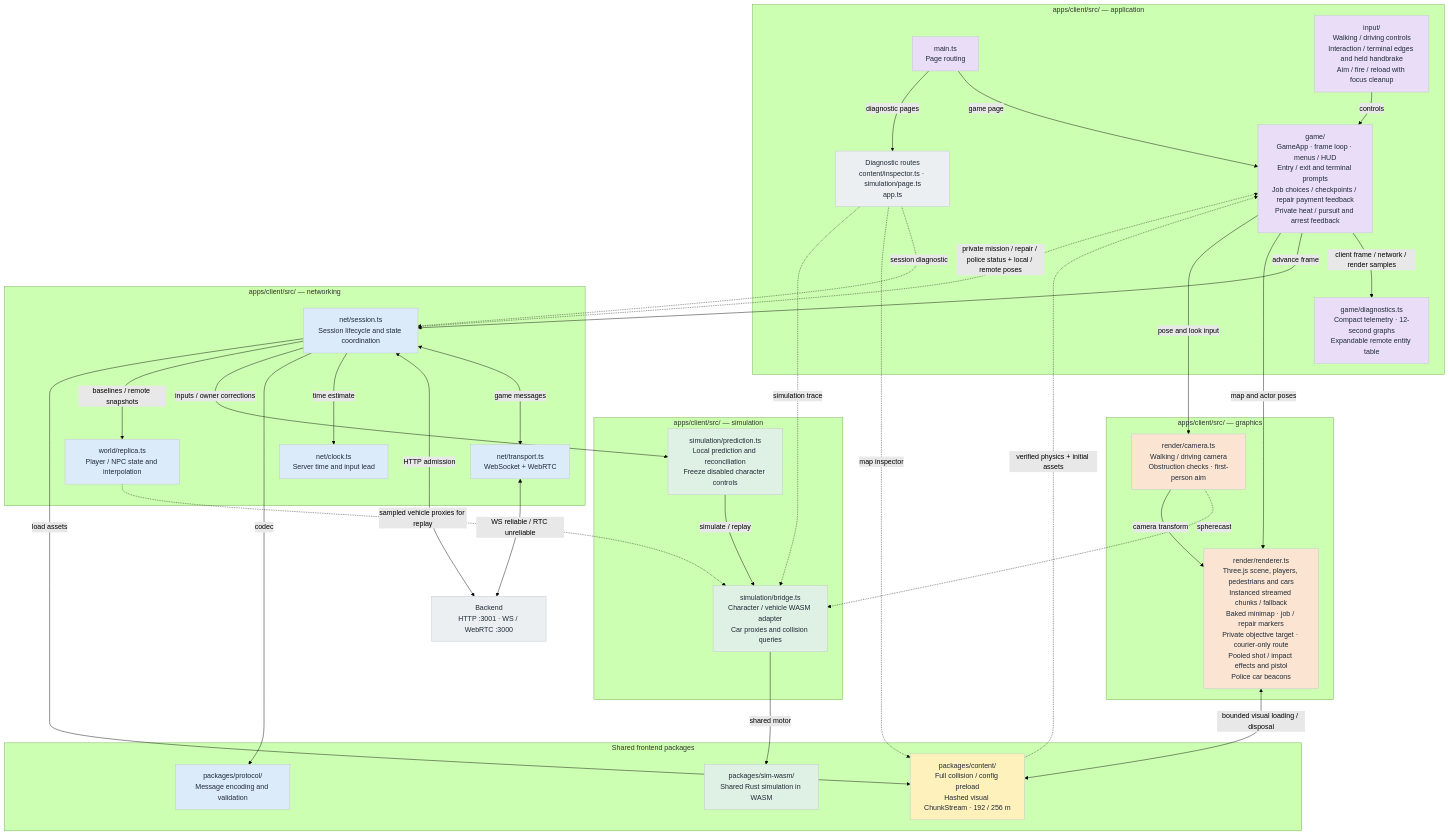
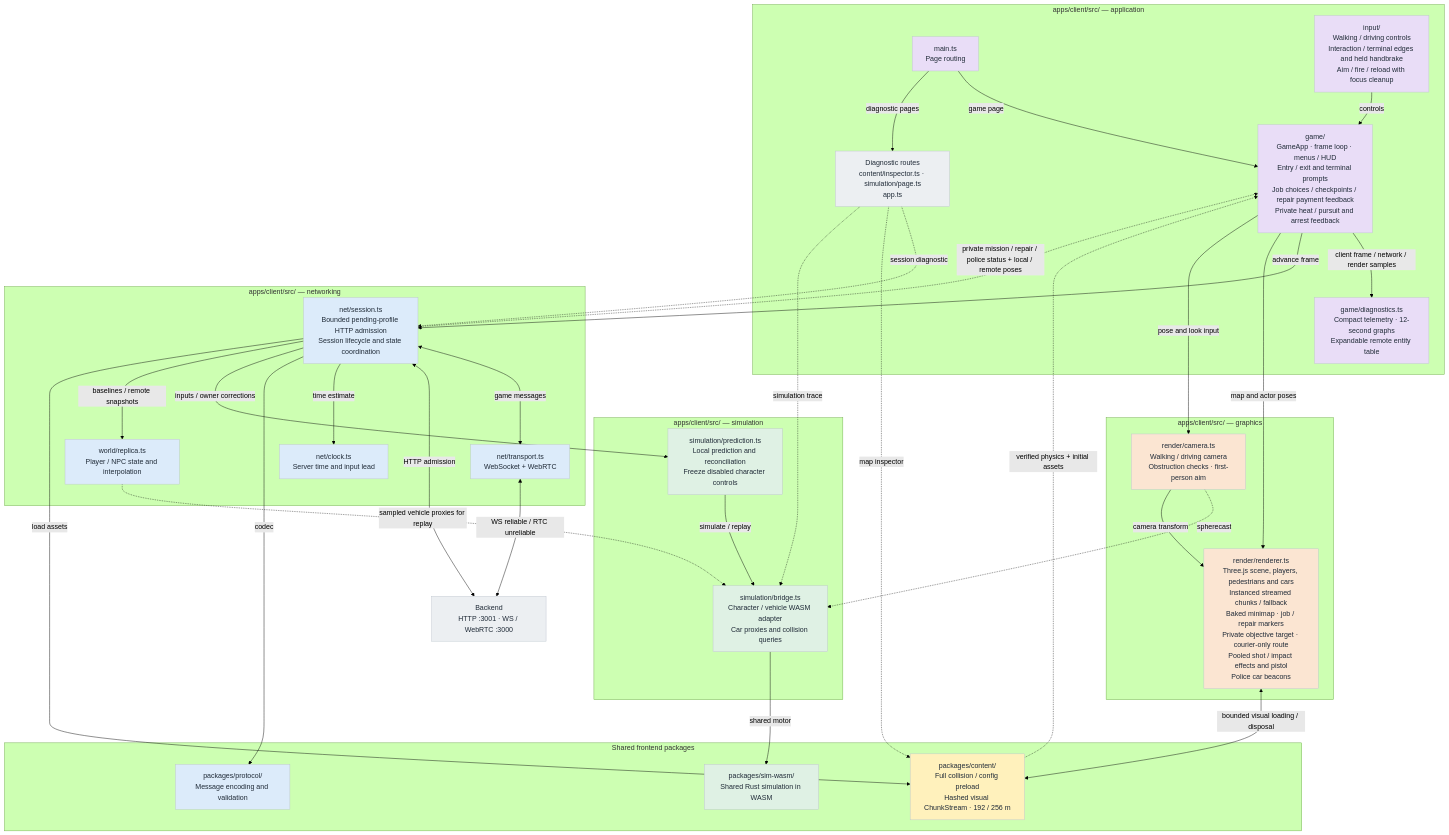
Before and after one commit to harveynw/browser-sandbox-game: the diagram in docs/diagrams/frontend.mmd, drawn with Mermaid (forest theme). The commit also changed 34 other files, not shown here.

```diff
--- a/docs/diagrams/frontend.mmd
+++ b/docs/diagrams/frontend.mmd
@@ -1,66 +1,66 @@
-%% Frontend module system — current implementation through T16.
+%% Frontend module system — current implementation through T17.
 %% Update with module, ownership, transport or data-flow changes.
 %% Purple: orchestration; blue: networking; green: simulation;
 %% orange: graphics; yellow: content; grey: diagnostics/external.
 flowchart TD
   subgraph group_0["apps/client/src/ — application"]
     main["main.ts<br/>Page routing"]:::app
     game["game/<br/>GameApp · frame loop · menus / HUD<br/>Entry / exit and terminal prompts<br/>Job choices / checkpoints / repair payment feedback<br/>Private heat / pursuit and arrest feedback"]:::app
     diagnostics["game/diagnostics.ts<br/>Compact telemetry · 12-second graphs<br/>Expandable remote entity table"]:::app
     input["input/<br/>Walking / driving controls<br/>Interaction / terminal edges and held handbrake<br/>Aim / fire / reload with focus cleanup"]:::app
     tools["Diagnostic routes<br/>content/inspector.ts · simulation/page.ts<br/>app.ts"]:::other
   end
   subgraph group_1["apps/client/src/ — networking"]
-    session["net/session.ts<br/>Session lifecycle and state coordination"]:::net
+    session["net/session.ts<br/>Bounded pending-profile HTTP admission<br/>Session lifecycle and state coordination"]:::net
     transport["net/transport.ts<br/>WebSocket + WebRTC"]:::net
     clock["net/clock.ts<br/>Server time and input lead"]:::net
     replica["world/replica.ts<br/>Player / NPC state and interpolation"]:::net
   end
   subgraph group_2["apps/client/src/ — simulation"]
     prediction["simulation/prediction.ts<br/>Local prediction and reconciliation<br/>Freeze disabled character controls"]:::sim
     bridge["simulation/bridge.ts<br/>Character / vehicle WASM adapter<br/>Car proxies and collision queries"]:::sim
   end
   subgraph group_3["apps/client/src/ — graphics"]
     renderer["render/renderer.ts<br/>Three.js scene, players, pedestrians and cars<br/>Instanced streamed chunks / fallback<br/>Baked minimap · job / repair markers<br/>Private objective target · courier-only route<br/>Pooled shot / impact effects and pistol<br/>Police car beacons"]:::gfx
     camera["render/camera.ts<br/>Walking / driving camera<br/>Obstruction checks · first-person aim"]:::gfx
   end
   subgraph group_4["Shared frontend packages"]
     content["packages/content/<br/>Full collision / config preload<br/>Hashed visual ChunkStream · 192 / 256 m"]:::content
     protocol["packages/protocol/<br/>Message encoding and validation"]:::net
     wasm["packages/sim-wasm/<br/>Shared Rust simulation in WASM"]:::sim
   end
     backend["Backend<br/>HTTP :3001 · WS / WebRTC :3000"]:::other
 
   main -->|"game page"| game
   main -->|"diagnostic pages"| tools
   input -->|"controls"| game
   game -->|"client frame / network / render samples"| diagnostics
   game -->|"advance frame"| session
   session <-->|"game messages"| transport
   transport <-->|"WS reliable / RTC unreliable"| backend
   session <-->|"HTTP admission"| backend
   session -->|"time estimate"| clock
   session -->|"codec"| protocol
   session -->|"inputs / owner corrections"| prediction
   prediction -->|"simulate / replay"| bridge
   bridge -->|"shared motor"| wasm
   session -->|"baselines / remote snapshots"| replica
   replica -.->|"sampled vehicle proxies for replay"| bridge
   session -->|"load assets"| content
   content -.->|"verified physics + initial assets"| game
   renderer <-->|"bounded visual loading / disposal"| content
   session -.->|"private mission / repair / police status + local / remote poses"| game
   game -->|"map and actor poses"| renderer
   game -->|"pose and look input"| camera
   camera -.->|"spherecast"| bridge
   camera -->|"camera transform"| renderer
   tools -.->|"session diagnostic"| session
   tools -.->|"map inspector"| content
   tools -.->|"simulation trace"| bridge
 
   classDef app fill:#E9DDF7,stroke:#BDC5CE,color:#202B38
   classDef net fill:#DCEBFA,stroke:#BDC5CE,color:#202B38
   classDef sim fill:#DFF1E4,stroke:#BDC5CE,color:#202B38
   classDef gfx fill:#FBE5D2,stroke:#BDC5CE,color:#202B38
   classDef content fill:#FFF1BC,stroke:#BDC5CE,color:#202B38
   classDef other fill:#ECEFF2,stroke:#BDC5CE,color:#202B38
```
